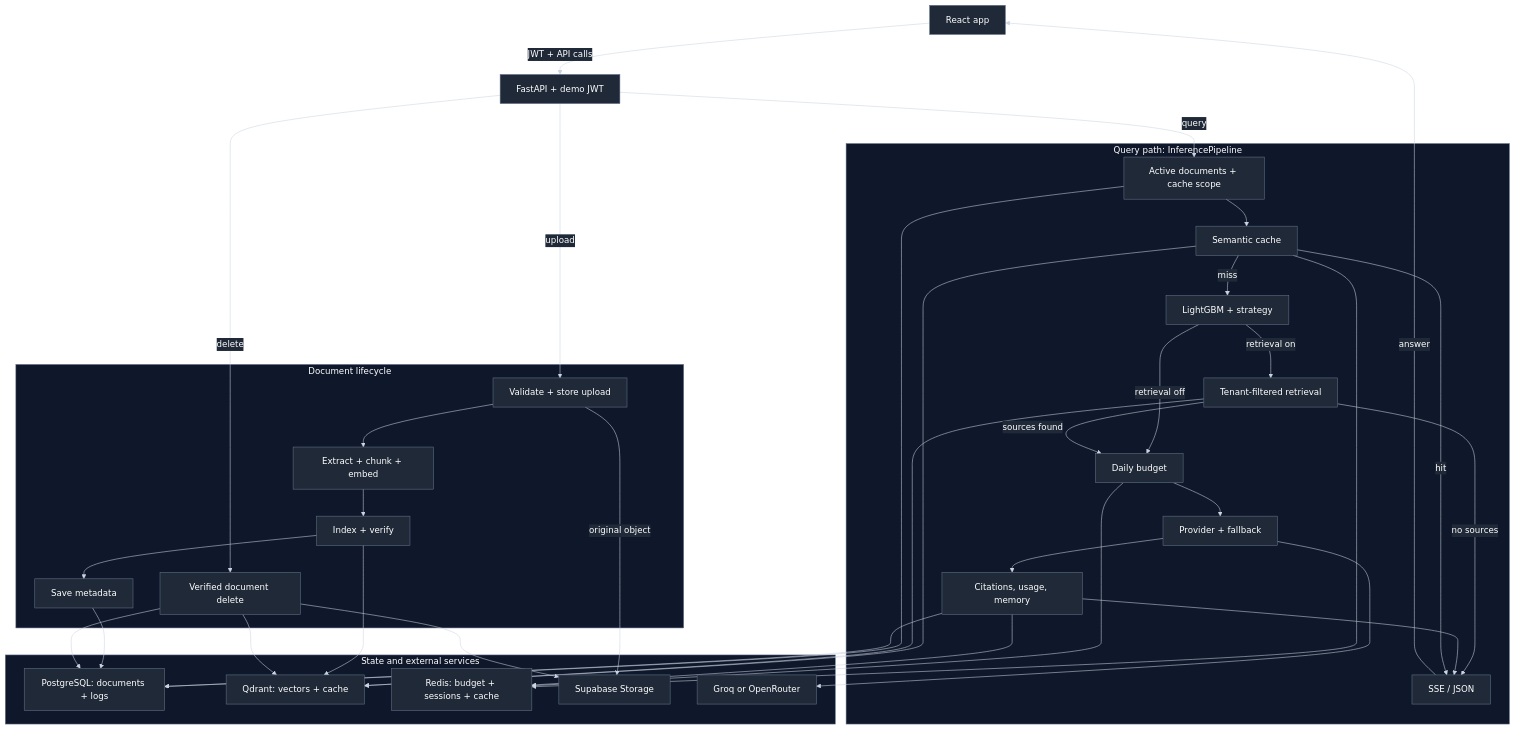
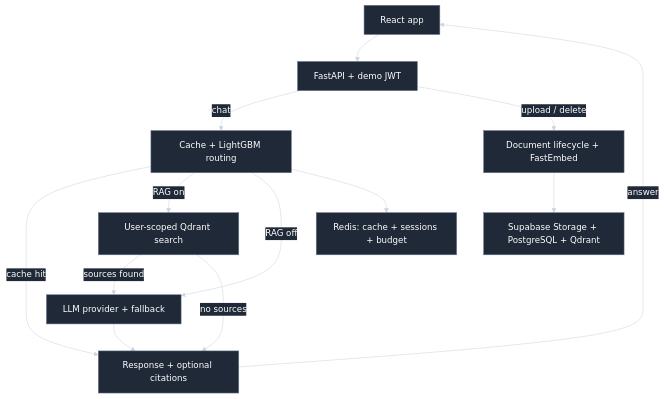
One commit to JavithNaseem-J/SmartRoute-AI changed the diagram in README.md. Above: the diagram before and after it, drawn with Mermaid. The commit also changed other lines of this file and 7 other files, not shown here.

````diff
--- a/README.md
+++ b/README.md
@@ -27,57 +58,19 @@
 ```mermaid
-%%{init: {"theme": "base", "themeVariables": {"background": "#0B1220", "primaryColor": "#1F2937", "primaryTextColor": "#FFFFFF", "primaryBorderColor": "#64748B", "secondaryColor": "#111827", "secondaryTextColor": "#FFFFFF", "tertiaryColor": "#0F172A", "tertiaryTextColor": "#FFFFFF", "lineColor": "#CBD5E1", "textColor": "#FFFFFF", "edgeLabelBackground": "#1F2937"}}}%%
+%%{init: {"theme": "base", "themeVariables": {"background": "#0B1220", "primaryColor": "#1F2937", "primaryTextColor": "#FFFFFF", "lineColor": "#CBD5E1", "textColor": "#FFFFFF", "edgeLabelBackground": "#1F2937"}}}%%
 flowchart TD
-    UI["React app"] -->|JWT + API calls| API["FastAPI + demo JWT"]
+    UI["React app"] --> API["FastAPI + demo JWT"]
+    API -->|chat| ROUTE["Cache + LightGBM routing"]
+    ROUTE -->|cache hit| RESPONSE["Response + optional citations"]
+    ROUTE -->|RAG on| RETRIEVE["User-scoped Qdrant search"]
+    ROUTE -->|RAG off| MODEL["LLM provider + fallback"]
+    RETRIEVE -->|sources found| MODEL
+    RETRIEVE -->|no sources| RESPONSE
+    MODEL --> RESPONSE
+    RESPONSE -->|answer| UI
 
-    subgraph QUERY["Query path: InferencePipeline"]
-        SCOPE["Active documents + cache scope"] --> CACHE["Semantic cache"]
-        CACHE -->|miss| ROUTE["LightGBM + strategy"]
-        ROUTE -->|retrieval on| RETRIEVE["Tenant-filtered retrieval"]
-        ROUTE -->|retrieval off| BUDGET["Daily budget"]
-        RETRIEVE -->|sources found| BUDGET
-        RETRIEVE -->|no sources| RESPONSE["SSE / JSON"]
-        BUDGET --> GENERATE["Provider + fallback"]
-        GENERATE --> FINAL["Citations, usage, memory"]
-        FINAL --> RESPONSE
-        CACHE -->|hit| RESPONSE
-    end
-
-    subgraph DOCUMENTS["Document lifecycle"]
-        UPLOAD["Validate + store upload"] --> PREP["Extract + chunk + embed"]
-        PREP --> INDEX["Index + verify"]
-        INDEX --> RECORD["Save metadata"]
-        DELETE["Verified document delete"]
-    end
-
-    subgraph SERVICES["State and external services"]
-        POSTGRES["PostgreSQL: documents + logs"]
-        QDRANT["Qdrant: vectors + cache"]
-        REDIS["Redis: budget + sessions + cache"]
-        STORAGE["Supabase Storage"]
-        PROVIDER["Groq or OpenRouter"]
-    end
-
-    API -->|query| SCOPE
-    RESPONSE -->|answer| UI
-    API -->|upload| UPLOAD
-    API -->|delete| DELETE
-    SCOPE --> POSTGRES
-    CACHE --> QDRANT
-    CACHE --> REDIS
-    RETRIEVE --> QDRANT
-    BUDGET --> REDIS
-    GENERATE --> PROVIDER
-    FINAL --> POSTGRES
-    FINAL --> REDIS
-    UPLOAD -->|original object| STORAGE
-    INDEX --> QDRANT
-    RECORD --> POSTGRES
-    DELETE --> QDRANT
-    DELETE --> STORAGE
-    DELETE --> POSTGRES
+    API -->|upload / delete| DOCS["Document lifecycle + FastEmbed"]
+    DOCS --> STORES["Supabase Storage + PostgreSQL + Qdrant"]
+    ROUTE --> REDIS["Redis: cache + sessions + budget"]
 
     classDef default fill:#1F2937,stroke:#64748B,color:#FFFFFF
-    style QUERY fill:#0F172A,stroke:#64748B,color:#FFFFFF
-    style DOCUMENTS fill:#0F172A,stroke:#64748B,color:#FFFFFF
-    style SERVICES fill:#0F172A,stroke:#64748B,color:#FFFFFF
 ```
````
